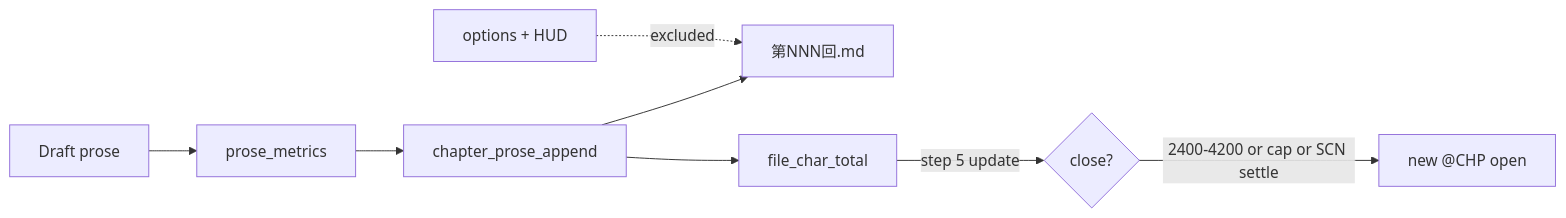
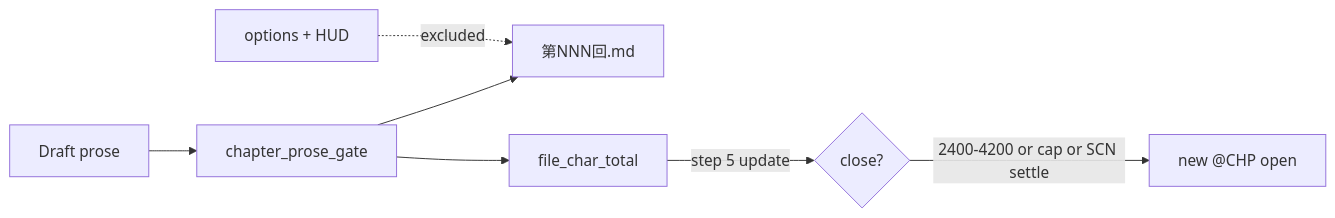
The second of 3 diagrams in application-notes/llm-novel-writer.md (chouswei/MemNet), drawn with Mermaid before and after one commit. The commit also changed other lines of this file and 21 other files, not shown here.

````diff
--- a/application-notes/llm-novel-writer.md
+++ b/application-notes/llm-novel-writer.md
@@ -743,10 +785,9 @@
 ```mermaid
 flowchart LR
-  Draft[Draft prose] --> Metrics[prose_metrics]
-  Metrics --> Append[chapter_prose_append]
-  Append --> File["第NNN回.md"]
+  Draft[Draft prose] --> Gate[chapter_prose_gate]
+  Gate --> File["第NNN回.md"]
   Opt["options + HUD"] -.->|"excluded"| File
-  Append --> CHP["file_char_total"]
+  Gate --> CHP["file_char_total"]
   CHP -->|"step 5 update"| Close{"close?"}
   Close -->|"2400-4200 or cap or SCN settle"| Next["new @CHP open"]
 ```
````
